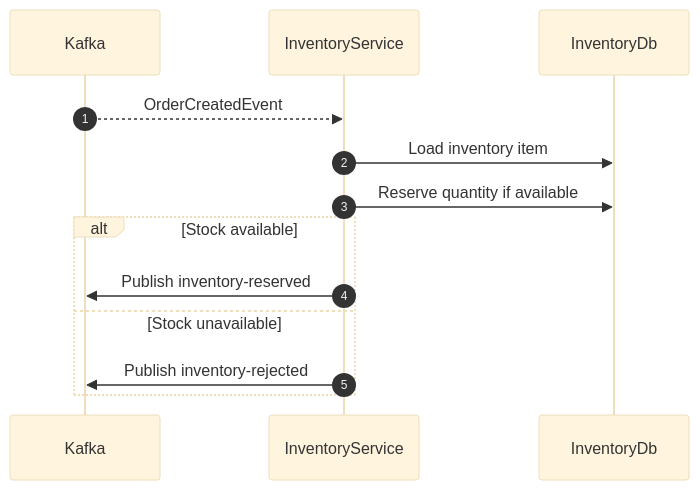
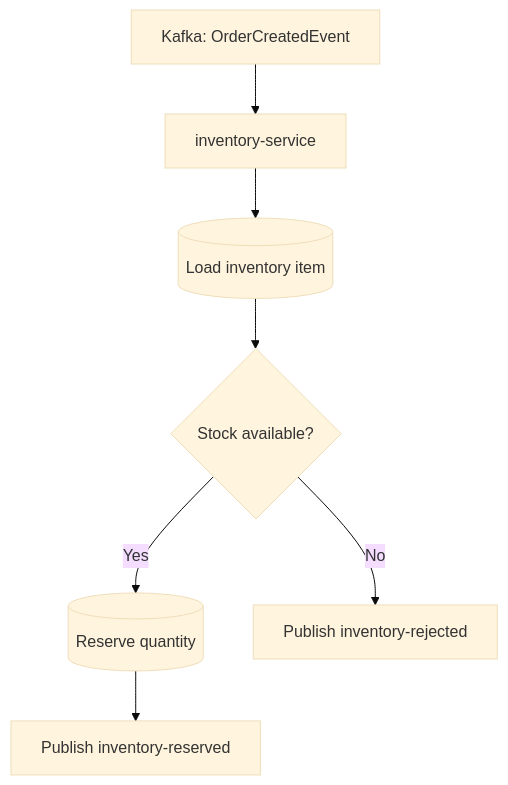
Diagram 12 of 14 in README.md (pramod4it/camp), drawn with Mermaid (base theme) before and after one commit. The commit also changed other lines of this file, not shown here.

Commit message:
Replace README sequence diagrams with GitHub-safe flowcharts

````diff
--- a/README.md
+++ b/README.md
@@ -778,16 +742,9 @@
 ```mermaid
-sequenceDiagram
-    autonumber
-    participant Kafka
-    participant InventoryService
-    participant InventoryDb
-
-    Kafka-->>InventoryService: OrderCreatedEvent
-    InventoryService->>InventoryDb: Load inventory item
-    InventoryService->>InventoryDb: Reserve quantity if available
-    alt Stock available
-        InventoryService->>Kafka: Publish inventory-reserved
-    else Stock unavailable
-        InventoryService->>Kafka: Publish inventory-rejected
-    end
+flowchart TD
+    A["Kafka: OrderCreatedEvent"] --> B["inventory-service"]
+    B --> C[("Load inventory item")]
+    C --> D{"Stock available?"}
+    D -->|"Yes"| E[("Reserve quantity")]
+    E --> F["Publish inventory-reserved"]
+    D -->|"No"| G["Publish inventory-rejected"]
 ```
````
